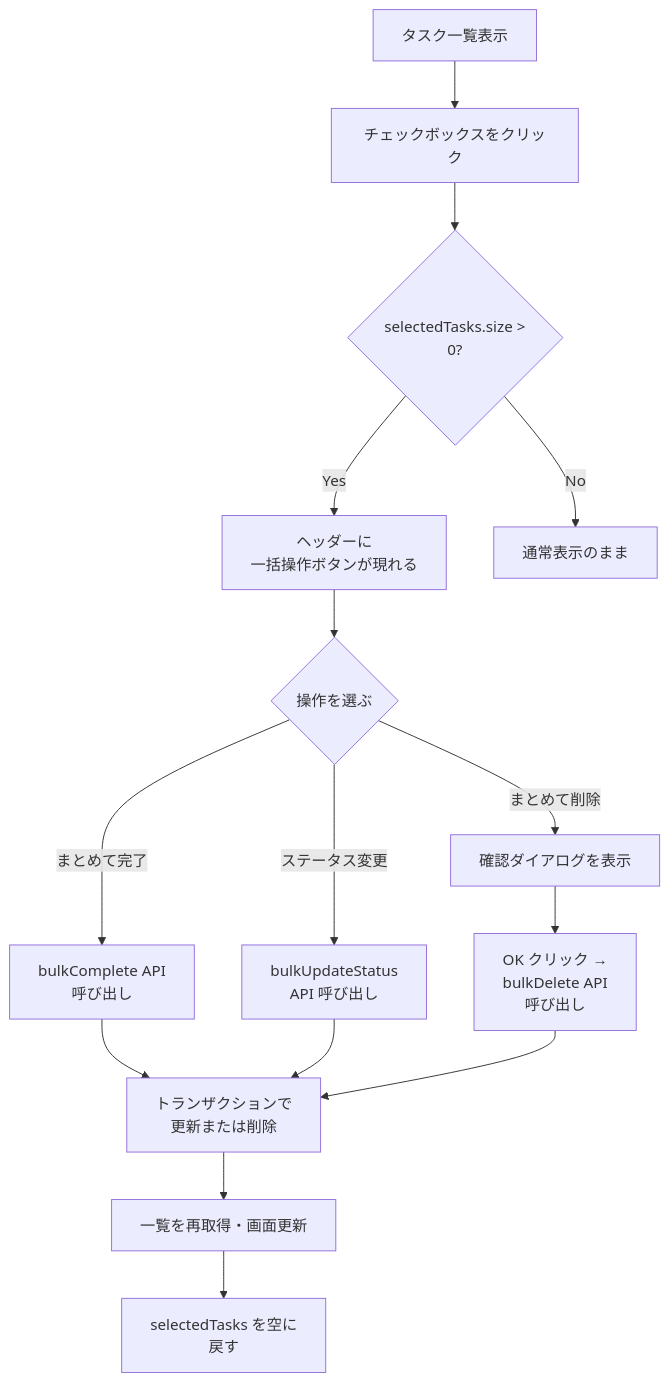
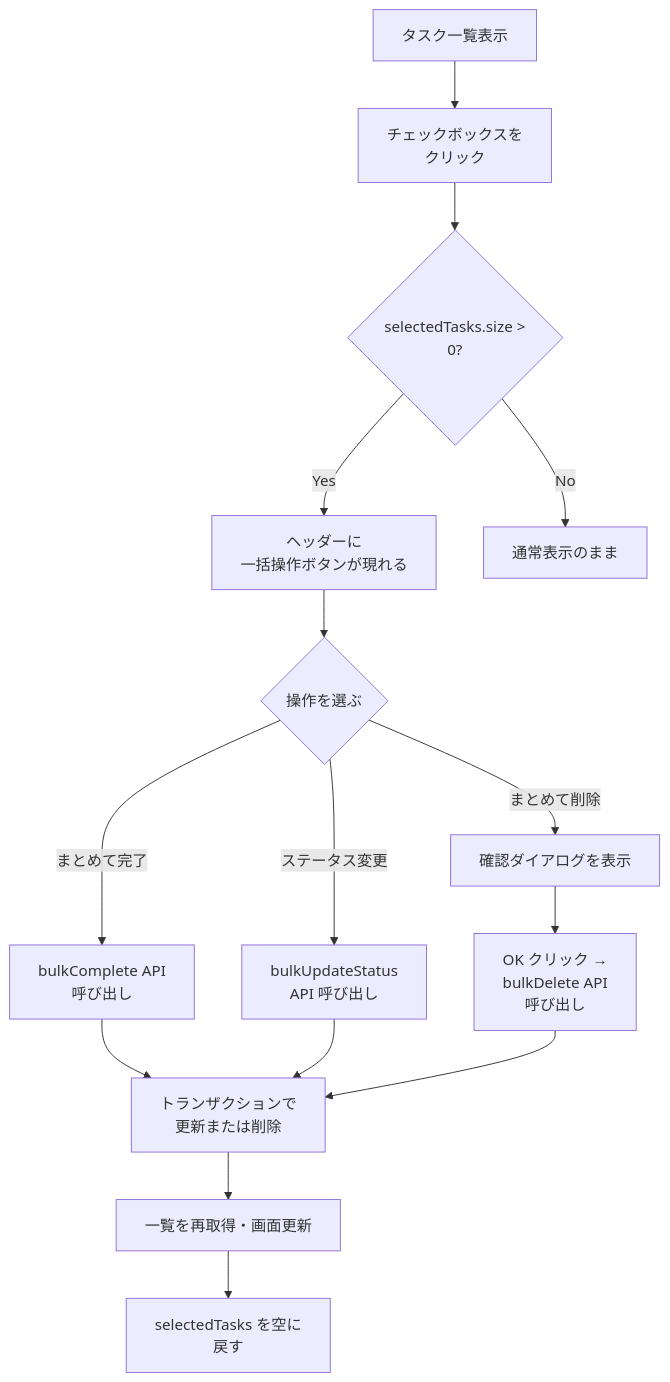
Before and after one commit to kouiso/task-app: the first of 2 diagrams in material/30days-curriculum/day28_タスク一括操作を実装しよう.md, drawn with Mermaid. The commit also changed 3 other files, not shown here.

First line of the commit message:
fix(material): Mermaidラベルの自動折れと行内コードオーバーフローを解消 (#733)

````diff
--- a/material/30days-curriculum/day28_タスク一括操作を実装しよう.md
+++ b/material/30days-curriculum/day28_タスク一括操作を実装しよう.md
@@ -54,17 +54,17 @@
 ```mermaid
 flowchart TD
-    A[タスク一覧表示] --> B[チェックボックスをクリック]
+    A[タスク一覧表示] --> B[チェックボックスを<br/>クリック]
     B --> C{selectedTasks.size ><br/>0?}
     C -->|Yes| D[ヘッダーに<br/>一括操作ボタンが現れる]
     C -->|No| E[通常表示のまま]
     D --> F{操作を選ぶ}
     F -->|まとめて完了| G[bulkComplete API<br/>呼び出し]
     F -->|ステータス変更| H[bulkUpdateStatus<br/>API 呼び出し]
     F -->|まとめて削除| I[確認ダイアログを表示]
     I --> J[OK クリック →<br/>bulkDelete API<br/>呼び出し]
     G --> K[トランザクションで<br/>更新または削除]
     H --> K
     J --> K
     K --> L[一覧を再取得・画面更新]
     L --> M[selectedTasks を空に<br/>戻す]
 ```
````
